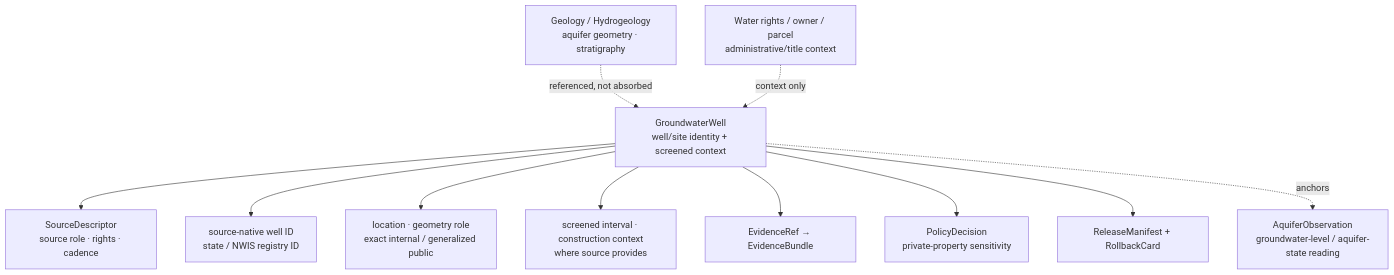
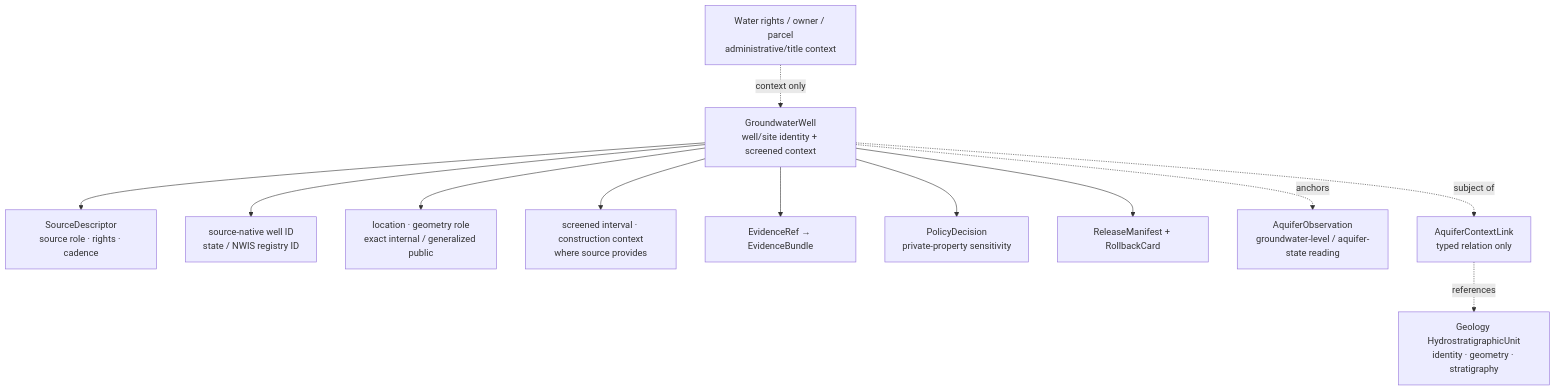
Before and after one commit to bartytime4life/Kansas-Frontier-Matrix: the diagram in contracts/domains/hydrology/groundwater_well.md, drawn with Mermaid. The commit also changed other lines of this file and 41 other files, not shown here.

Commit message:
feat(hydrology): split aquifer observations from context links

````diff
--- a/contracts/domains/hydrology/groundwater_well.md
+++ b/contracts/domains/hydrology/groundwater_well.md
@@ -154,16 +154,17 @@
 ```mermaid
 flowchart TB
   GW["GroundwaterWell<br/>well/site identity + screened context"]
 
   GW --> SRC["SourceDescriptor<br/>source role · rights · cadence"]
   GW --> ID["source-native well ID<br/>state / NWIS registry ID"]
   GW --> LOC["location · geometry role<br/>exact internal / generalized public"]
   GW --> SCREEN["screened interval · construction context<br/>where source provides"]
   GW --> EVID["EvidenceRef → EvidenceBundle"]
   GW --> POL["PolicyDecision<br/>private-property sensitivity"]
   GW --> REL["ReleaseManifest + RollbackCard"]
 
   GW -. "anchors" .-> AQ["AquiferObservation<br/>groundwater-level / aquifer-state reading"]
-  GEOL["Geology / Hydrogeology<br/>aquifer geometry · stratigraphy"] -. "referenced, not absorbed" .-> GW
+  GW -. "subject of" .-> LINK["AquiferContextLink<br/>typed relation only"]
+  LINK -. "references" .-> GEOL["Geology HydrostratigraphicUnit<br/>identity · geometry · stratigraphy"]
   ADMIN["Water rights / owner / parcel<br/>administrative/title context"] -. "context only" .-> GW
 ```
````
